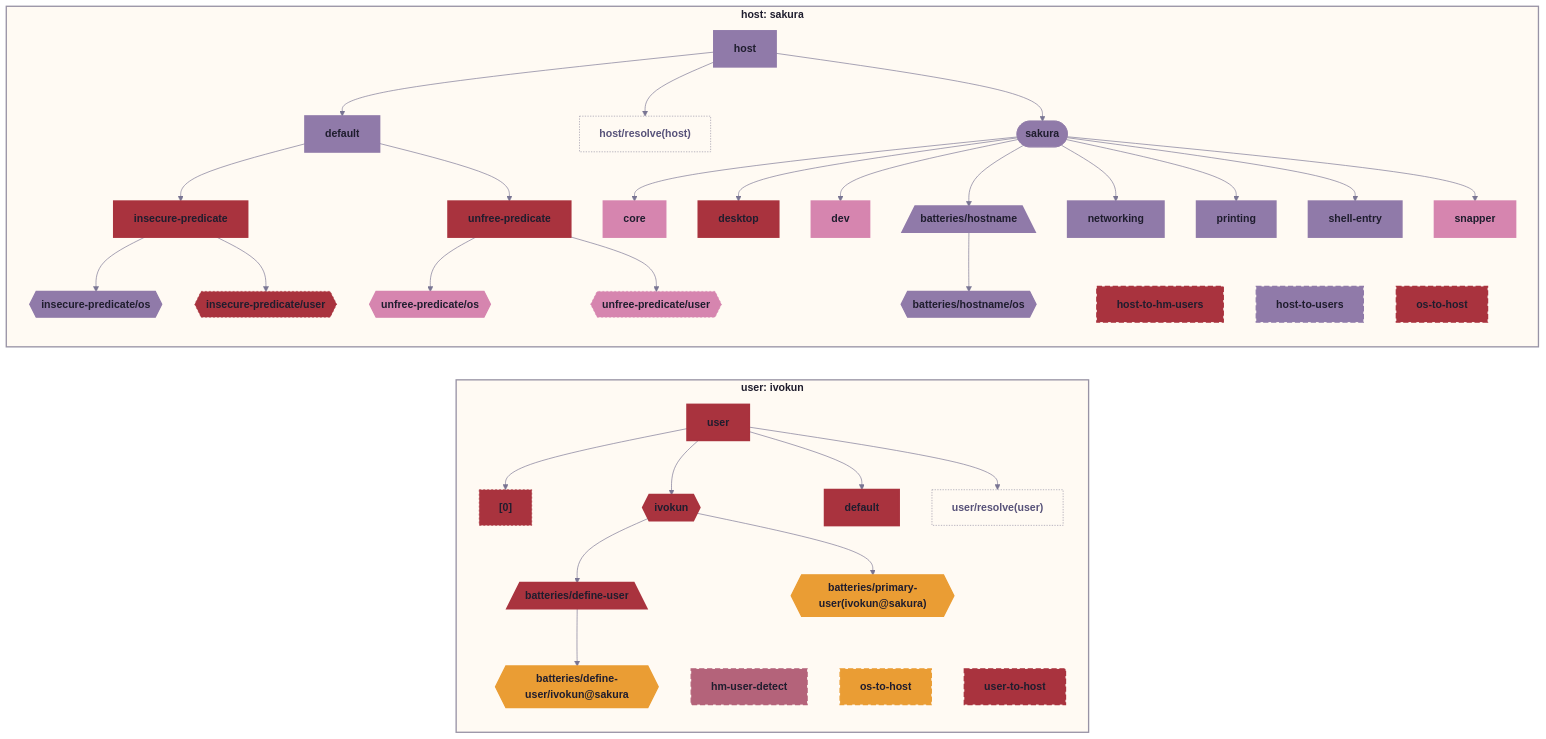
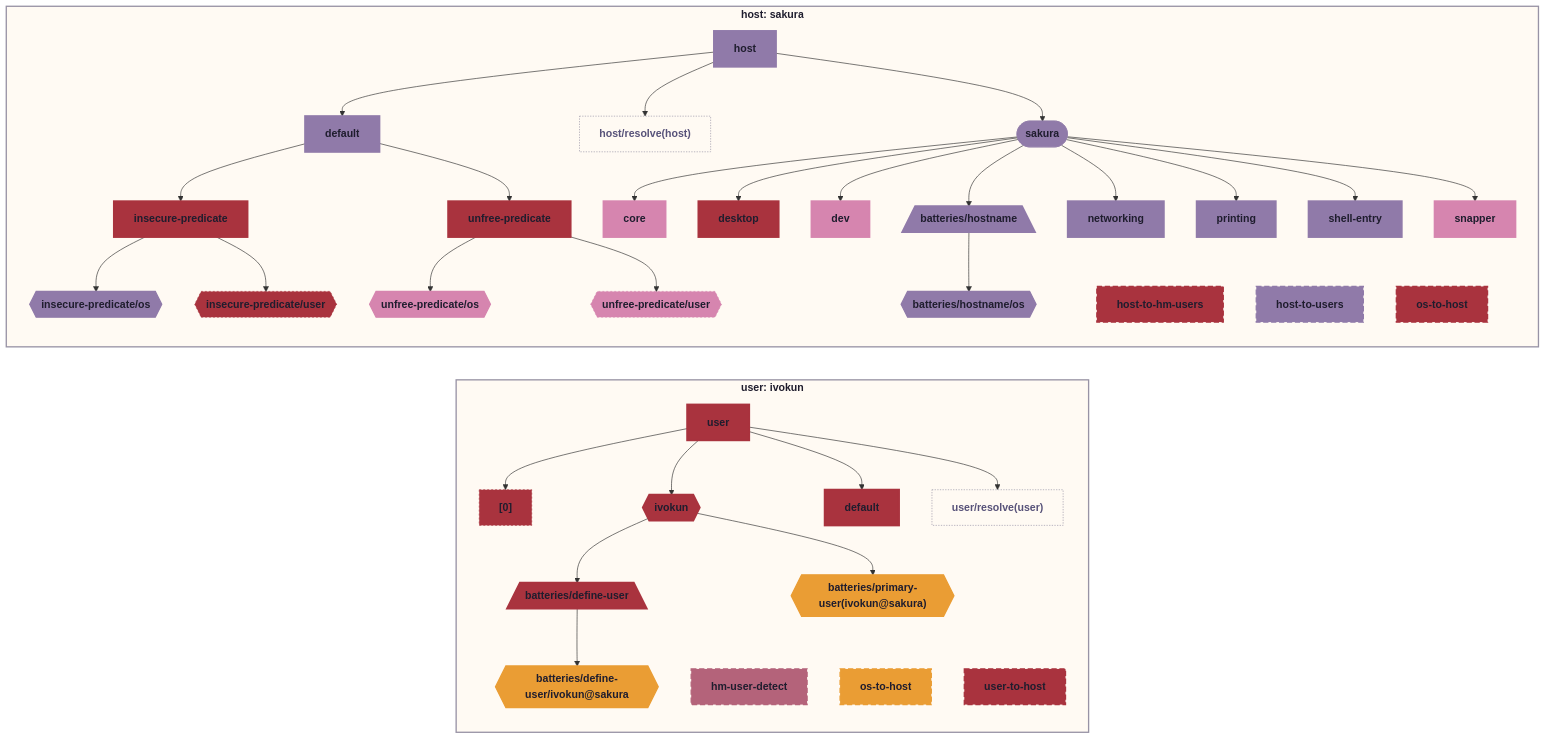
One commit to ivokun/kebun changed the second of 4 diagrams in README.md. Above: the diagram before and after it, drawn with Mermaid. The commit also changed other lines of this file and 1 other file, not shown here.

First line of the commit message:
fix(diagrams): github-safe mermaid output

````diff
--- a/README.md
+++ b/README.md
@@ -108,10 +107,9 @@
 ```mermaid
-%%{init: {"theme":"base","themeVariables":{"activationBkgColor":"#fffaf3","activationBorderColor":"#9893a5","actorBkg":"#fffaf3","actorBorder":"#797593","actorLineColor":"#797593","actorTextColor":"#575279","background":"#faf4ed","classText":"#575279","clusterBkg":"#fffaf3","clusterBorder":"#9893a5","edgeLabelBackground":"#faf4ed","labelBoxBkgColor":"#fffaf3","labelBoxBorderColor":"#797593","labelTextColor":"#575279","lineColor":"#797593","loopTextColor":"#575279","mainBkg":"#fffaf3","nodeBkg":"#fffaf3","nodeBorder":"#797593","nodeTextColor":"#575279","noteBkgColor":"#fffaf3","noteBorderColor":"#9893a5","noteTextColor":"#575279","pie1":"#b4637a","pie2":"#ea9d34","pie3":"#d7827e","pie4":"#286983","pie5":"#56949f","pie6":"#907aa9","pie7":"#d685af","pie8":"#a9333e","pieLegendTextColor":"#575279","pieOuterStrokeColor":"#9893a5","pieSectionTextColor":"#575279","pieStrokeColor":"#9893a5","pieTitleTextColor":"#575279","primaryBorderColor":"#797593","primaryColor":"#fffaf3","primaryTextColor":"#575279","secondBkg":"#fffaf3","secondaryBorderColor":"#9893a5","secondaryColor":"#fffaf3","secondaryTextColor":"#575279","sequenceNumberColor":"#faf4ed","signalColor":"#797593","signalTextColor":"#575279","tertiaryBorderColor":"#9893a5","tertiaryColor":"#fffaf3","tertiaryTextColor":"#575279","textColor":"#575279","titleColor":"#575279"}}}%%
 graph LR
   sakura([sakura]):::root
 
   subgraph ctx_user_ivokun["user: ivokun"]
-  _policy_hm_user_detect__0_["<policy:hm-user-detect>[0]"]:::_policy_hm_user_detect__0__c
+  _policy_hm_user_detect__0_["<policy:hm-user-detect>[0]"]:::c_policy_hm_user_detect__0__c
   default_user_ivokun["default"]:::default_user_ivokun_c
   den__batteries__define_user[/"batteries/define-user"\]:::den__batteries__define_user_c
   den__batteries__define_user__ivokun_sakura{{"batteries/define-user/ivokun@sakura"}}:::den__batteries__define_user__ivokun_sakura_c
@@ -174,7 +172,7 @@
 
 
   classDef root fill:#907aa9,stroke:#907aa9,color:#1f1d2e,font-weight:bold
-  classDef _policy_hm_user_detect__0__c fill:#a9333e,stroke:#a9333e,color:#1f1d2e,stroke-dasharray: 3 3,stroke-width:1px
+  classDef c_policy_hm_user_detect__0__c fill:#a9333e,stroke:#a9333e,color:#1f1d2e,stroke-dasharray: 3 3,stroke-width:1px
   classDef core_c fill:#d685af,stroke:#d685af,color:#1f1d2e,stroke-width:3px
   classDef default_host_sakura_c fill:#907aa9,stroke:#907aa9,color:#1f1d2e,stroke-width:3px
   classDef default_user_ivokun_c fill:#a9333e,stroke:#a9333e,color:#1f1d2e,stroke-width:3px
````
